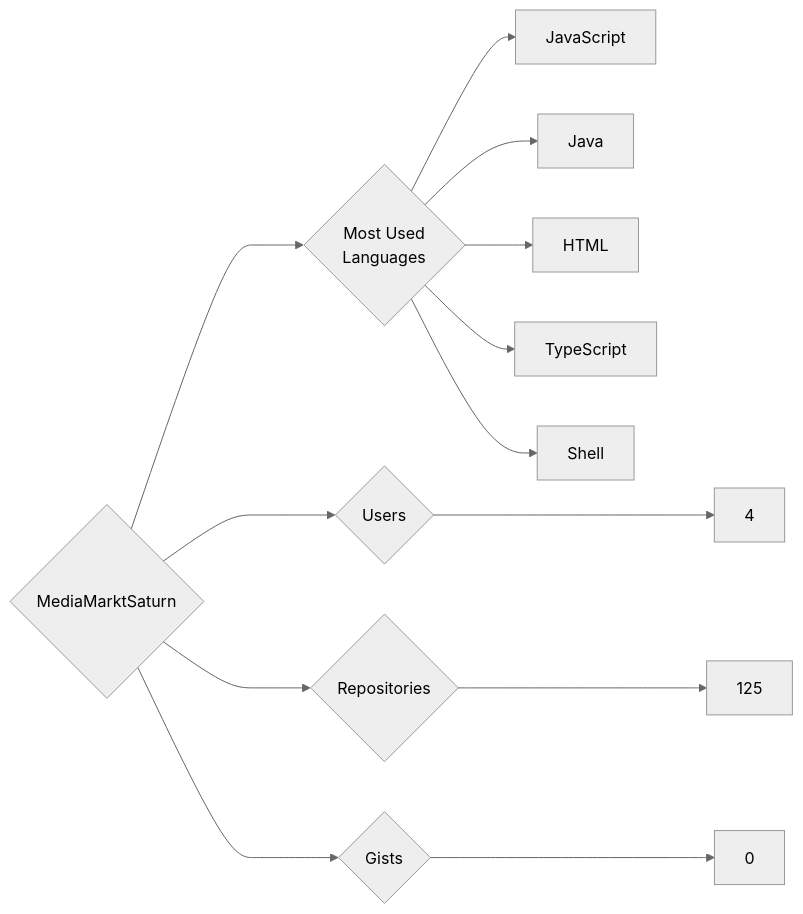
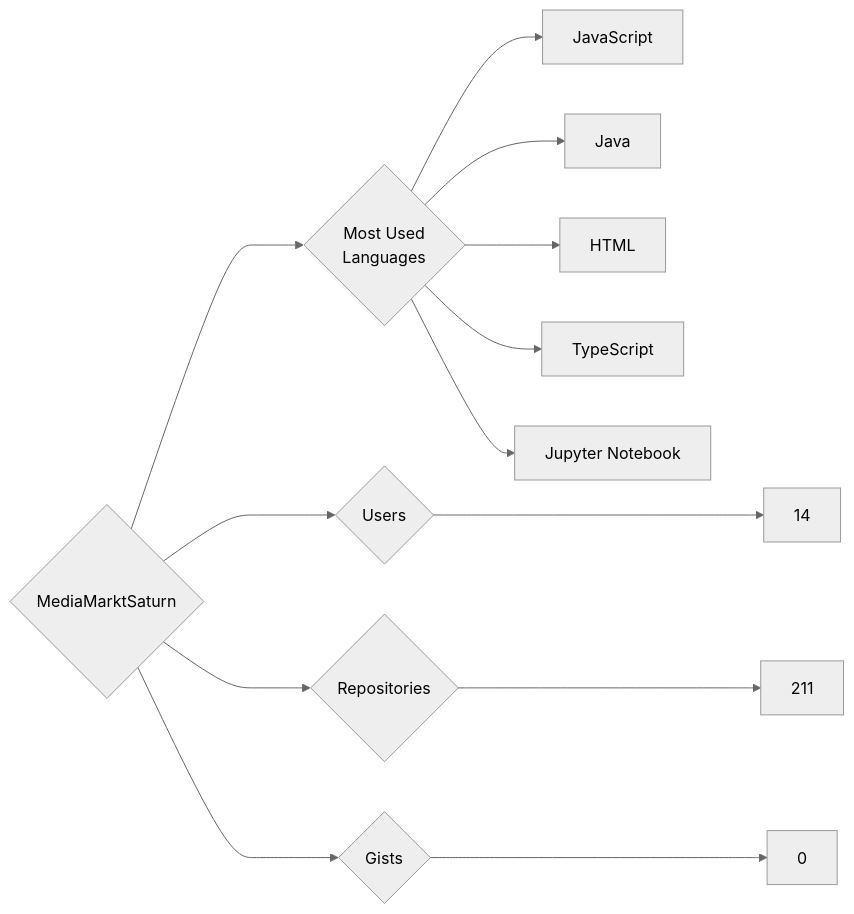
The diagram in targets/MediaMarktSaturn/README.md (trickest/insiders), drawn with Mermaid (neutral theme) before and after one commit. The commit also changed 984 other files, not shown here.

````diff
--- a/targets/MediaMarktSaturn/README.md
+++ b/targets/MediaMarktSaturn/README.md
@@ -3,13 +3,13 @@
 ```mermaid
 graph LR
 COMPANY_NAME{MediaMarktSaturn}
-COMPANY_NAME ---> U{Users} ---> UN[4]
-COMPANY_NAME ---> R{Repositories} ---> RN[125]
+COMPANY_NAME ---> U{Users} ---> UN[14]
+COMPANY_NAME ---> R{Repositories} ---> RN[211]
 COMPANY_NAME ---> G{Gists} ---> GN[0]
 COMPANY_NAME ---> ML{Most Used<br>Languages}
 ML --> JavaScript[JavaScript]
 ML --> Java[Java]
 ML --> HTML[HTML]
 ML --> TypeScript[TypeScript]
-ML --> Shell[Shell]
+ML --> Jupyter_Notebook[Jupyter Notebook]
 ```
````
